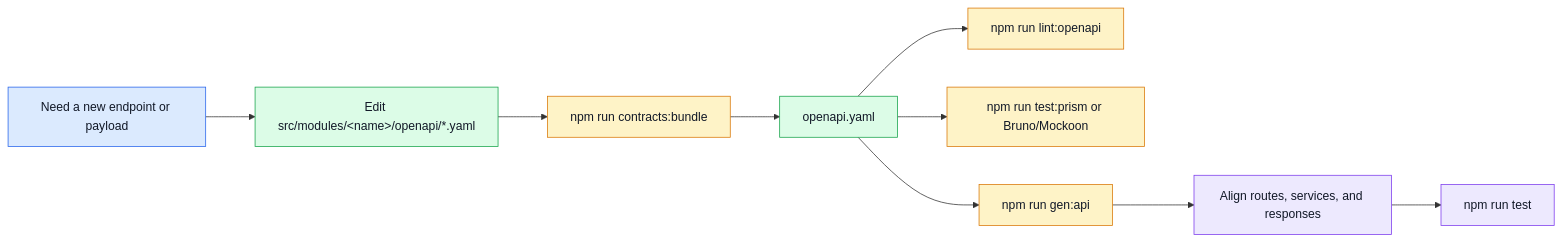
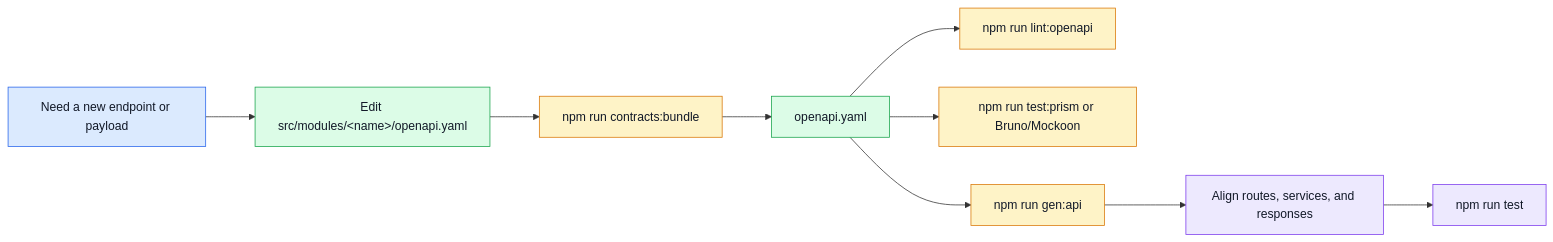
One commit to Guebbit/boilerplate-node-backend changed the diagram in docs/api/openapi-workflow.md. Above: the diagram before and after it, drawn with Mermaid. The commit also changed other lines of this file and 130 other files, not shown here.

````diff
--- a/docs/api/openapi-workflow.md
+++ b/docs/api/openapi-workflow.md
@@ -7,21 +7,21 @@
 ```mermaid
 %%{init: {'flowchart': {'nodeSpacing': 50, 'rankSpacing': 65}}}%%
 flowchart LR
-    Idea[Need a new endpoint or payload] --> Frag["Edit src/modules/&lt;name&gt;/openapi/*.yaml"]
+    Idea[Need a new endpoint or payload] --> Frag["Edit src/modules/&lt;name&gt;/openapi.yaml"]
     Frag --> Bundle[npm run contracts:bundle]
     Bundle --> Spec[openapi.yaml]
     Spec --> Lint[npm run lint:openapi]
     Spec --> Mock[npm run test:prism or Bruno/Mockoon]
     Spec --> Generate[npm run gen:api]
     Generate --> Implement[Align routes, services, and responses]
     Implement --> Test[npm run test]
 
     classDef change fill:#dbeafe,stroke:#2563eb,color:#111827;
     classDef contract fill:#dcfce7,stroke:#16a34a,color:#111827;
     classDef tooling fill:#fef3c7,stroke:#d97706,color:#111827;
     classDef app fill:#ede9fe,stroke:#7c3aed,color:#111827;
     class Idea change;
     class Frag,Spec contract;
     class Bundle,Lint,Mock,Generate tooling;
     class Implement,Test app;
 ```
````
